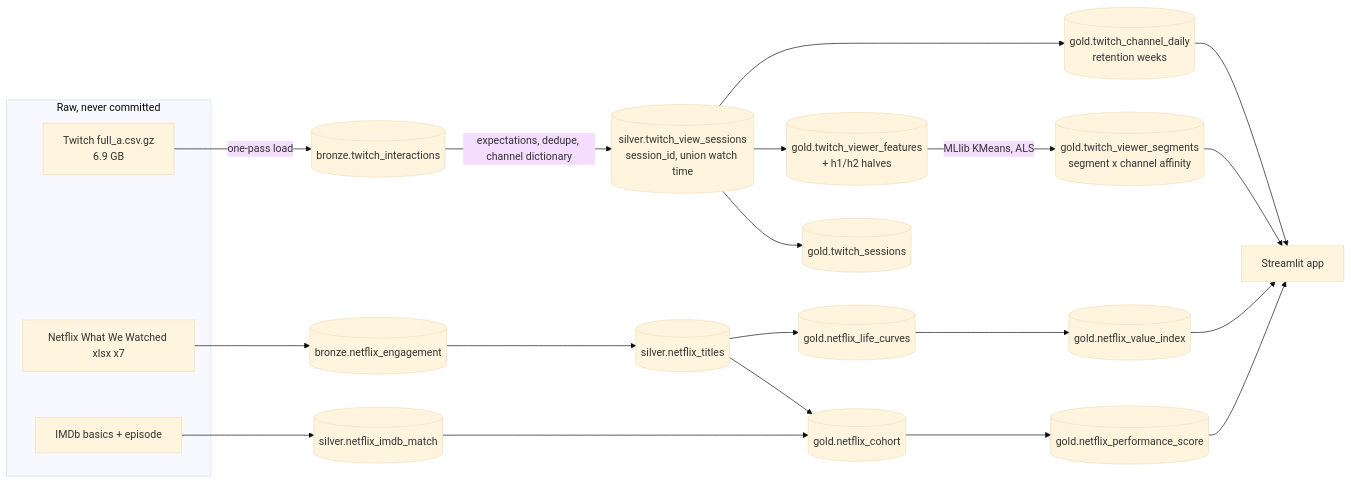
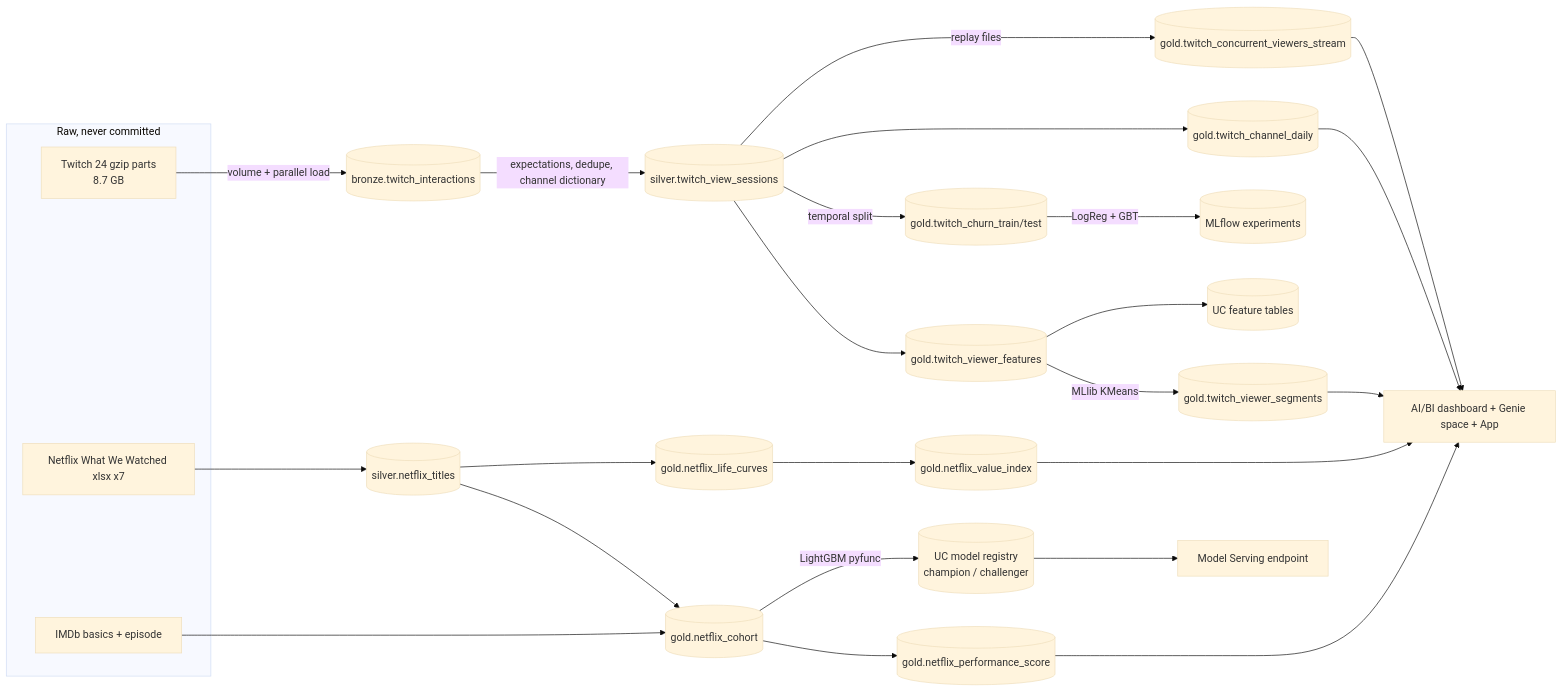
The diagram in README.md (waelsabri11/streaming-content-analytics), drawn with Mermaid (base theme) before and after one commit. The commit also changed other lines of this file and 13 other files, not shown here.

````diff
--- a/README.md
+++ b/README.md
@@ -80,20 +67,20 @@
 ```mermaid
 flowchart LR
     subgraph raw[Raw, never committed]
-      TW[Twitch full_a.csv.gz<br/>6.9 GB]
+      TW[Twitch 24 gzip parts<br/>8.7 GB]
       NF[Netflix What We Watched xlsx x7]
       IM[IMDb basics + episode]
     end
-    TW -->|one-pass load| B1[(bronze.twitch_interactions)]
-    B1 -->|expectations, dedupe, channel dictionary| S1[(silver.twitch_view_sessions<br/>session_id, union watch time)]
-    S1 --> G1[(gold.twitch_sessions)]
-    S1 --> G2[(gold.twitch_viewer_features<br/>+ h1/h2 halves)]
-    G2 -->|MLlib KMeans, ALS| G3[(gold.twitch_viewer_segments<br/>segment x channel affinity)]
-    S1 --> G4[(gold.twitch_channel_daily<br/>retention weeks)]
-    NF --> B2[(bronze.netflix_engagement)] --> S2[(silver.netflix_titles)]
-    IM --> S3[(silver.netflix_imdb_match)]
-    S2 --> G5[(gold.netflix_cohort)] --> G6[(gold.netflix_performance_score)]
-    S3 --> G5
+    TW -->|volume + parallel load| B1[(bronze.twitch_interactions)]
+    B1 -->|expectations, dedupe, channel dictionary| S1[(silver.twitch_view_sessions)]
+    S1 --> G2[(gold.twitch_viewer_features)] -->|MLlib KMeans| G3[(gold.twitch_viewer_segments)]
+    G2 --> FS[(UC feature tables)]
+    S1 -->|temporal split| G9[(gold.twitch_churn_train/test)] -->|LogReg + GBT| MLF[(MLflow experiments)]
+    S1 --> G4[(gold.twitch_channel_daily)]
+    S1 -->|replay files| STR[(gold.twitch_concurrent_viewers_stream)]
+    NF --> S2[(silver.netflix_titles)] --> G5[(gold.netflix_cohort)] --> G6[(gold.netflix_performance_score)]
+    IM --> G5
+    G5 -->|LightGBM pyfunc| REG[(UC model registry<br/>champion / challenger)] --> SRV[Model Serving endpoint]
     S2 --> G7[(gold.netflix_life_curves)] --> G8[(gold.netflix_value_index)]
-    G6 & G8 & G3 & G4 --> APP[Streamlit app]
+    G3 & G4 & G6 & G8 & STR --> DASH[AI/BI dashboard + Genie space + App]
 ```
````
